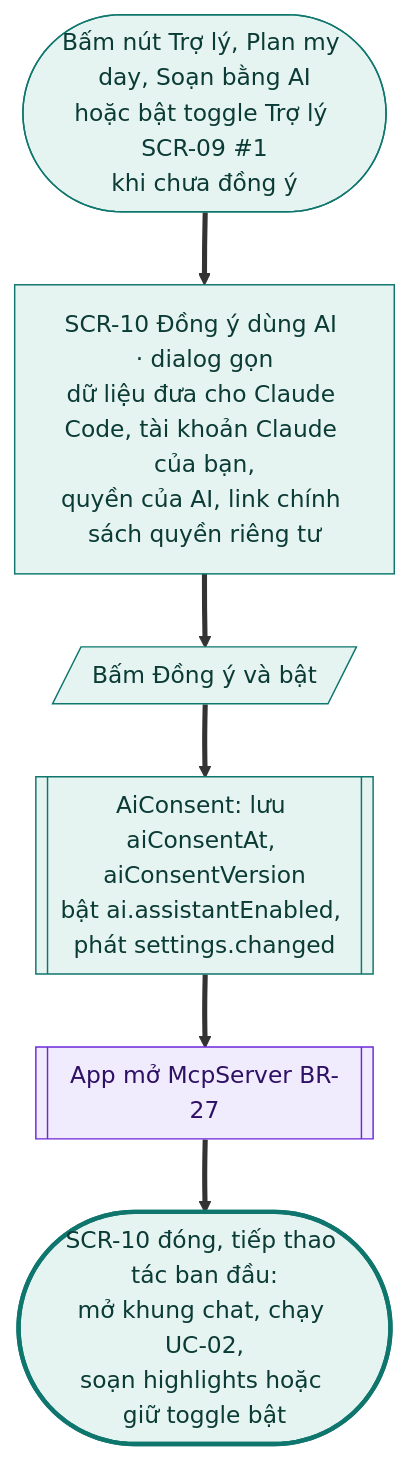
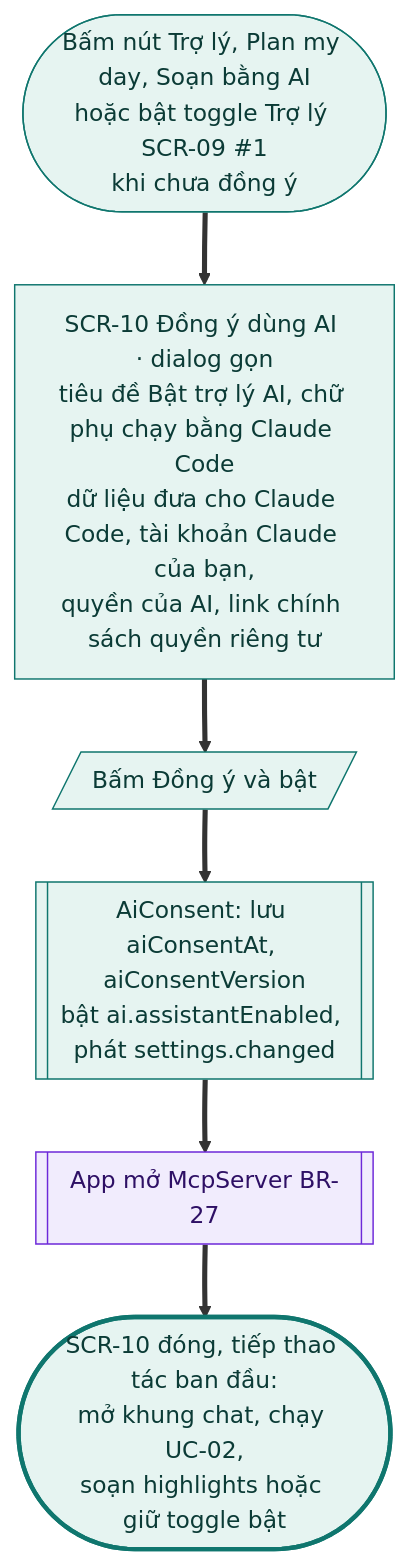
One commit to tannguyenho/personal-app changed diagram 22 of 29 in docs/design-brief/flow/g10-tro-ly-ai.md. Above: the diagram before and after it, drawn with Mermaid. The commit also changed other lines of this file and 6 other files, not shown here.

First line of the commit message:
docs(G01, G10): áp quyết định PO 09/11 vào SRS, PRD, flow; IA trỏ mã mới

````diff
--- a/docs/design-brief/flow/g10-tro-ly-ai.md
+++ b/docs/design-brief/flow/g10-tro-ly-ai.md
@@ -968,24 +1026,24 @@
 ```mermaid
 flowchart TD
   start(["Bấm nút Trợ lý, Plan my day, Soạn bằng AI<br/>hoặc bật toggle Trợ lý SCR-09 #1<br/>khi chưa đồng ý"])
-  s1["SCR-10 Đồng ý dùng AI · dialog gọn<br/>dữ liệu đưa cho Claude Code, tài khoản Claude của bạn,<br/>quyền của AI, link chính sách quyền riêng tư"]
+  s1["SCR-10 Đồng ý dùng AI · dialog gọn<br/>tiêu đề Bật trợ lý AI, chữ phụ chạy bằng Claude Code<br/>dữ liệu đưa cho Claude Code, tài khoản Claude của bạn,<br/>quyền của AI, link chính sách quyền riêng tư"]
   u1[/"Bấm Đồng ý và bật"/]
   p1[["AiConsent: lưu aiConsentAt, aiConsentVersion<br/>bật ai.assistantEnabled, phát settings.changed"]]
   p2[["App mở McpServer BR-27"]]
   ok(["SCR-10 đóng, tiếp thao tác ban đầu:<br/>mở khung chat, chạy UC-02,<br/>soạn highlights hoặc giữ toggle bật"])
 
   start ==> s1 ==> u1 ==> p1 ==> p2 ==> ok
 
   class start,s1,u1,p1 happy
   class p2 ai
   class ok done
   classDef happy fill:#E6F4F1,stroke:#0F766E,color:#0B3B36
   classDef alt fill:#F1F3F5,stroke:#6B7280,color:#1F2937
   classDef err fill:#FDECEC,stroke:#B42318,color:#5C1010
   classDef warn fill:#FEF4E2,stroke:#B45309,color:#4A2604
   classDef ai fill:#F1ECFD,stroke:#6D28D9,color:#2E1065
   classDef sync fill:#FFFFFF,stroke:#6B7280,stroke-dasharray:4 3,color:#1F2937
   classDef link fill:#FFFFFF,stroke:#0F766E,stroke-dasharray:4 3,color:#0B3B36
   classDef done fill:#E6F4F1,stroke:#0F766E,stroke-width:3px,color:#0B3B36
   classDef fail fill:#FDECEC,stroke:#B42318,stroke-width:3px,color:#5C1010
 ```
````
